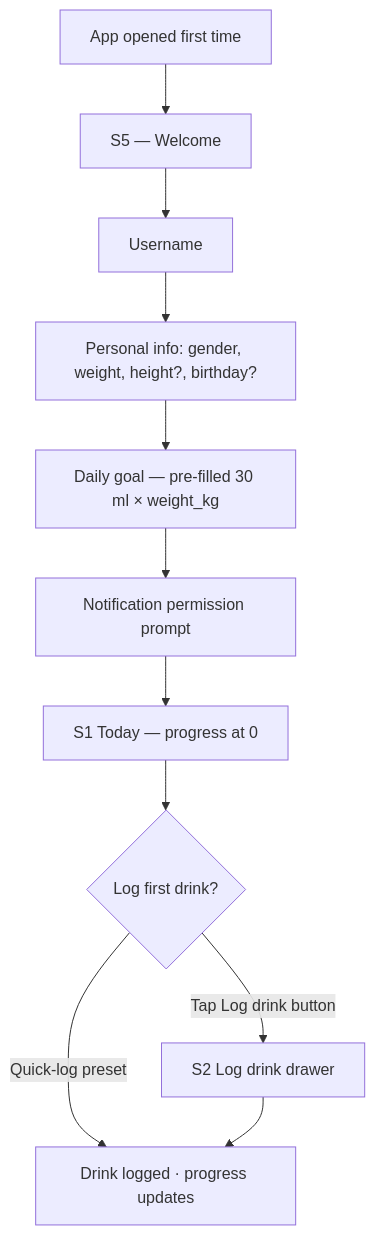
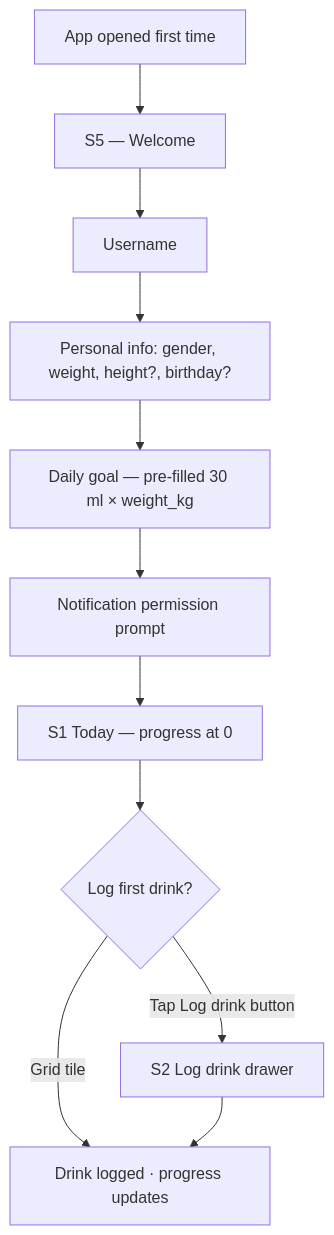
The first of 5 diagrams in design/user-experience.md (controlol/drinks-mate), drawn with Mermaid before and after one commit. The commit also changed other lines of this file and 5 other files, not shown here.

First line of the commit message:
Redesign Today's drink-logging section: responsive grid + preset sort modes

````diff
--- a/design/user-experience.md
+++ b/design/user-experience.md
@@ -208,13 +221,13 @@
 ```mermaid
 flowchart TD
     A[App opened first time] --> B[S5 — Welcome]
     B --> C[Username]
     C --> D[Personal info: gender, weight, height?, birthday?]
     D --> E[Daily goal — pre-filled 30 ml × weight_kg]
     E --> F[Notification permission prompt]
     F --> G[S1 Today — progress at 0]
     G --> H{Log first drink?}
-    H -->|Quick-log preset| I[Drink logged · progress updates]
+    H -->|Grid tile| I[Drink logged · progress updates]
     H -->|Tap Log drink button| J[S2 Log drink drawer]
     J --> I
 ```
````
